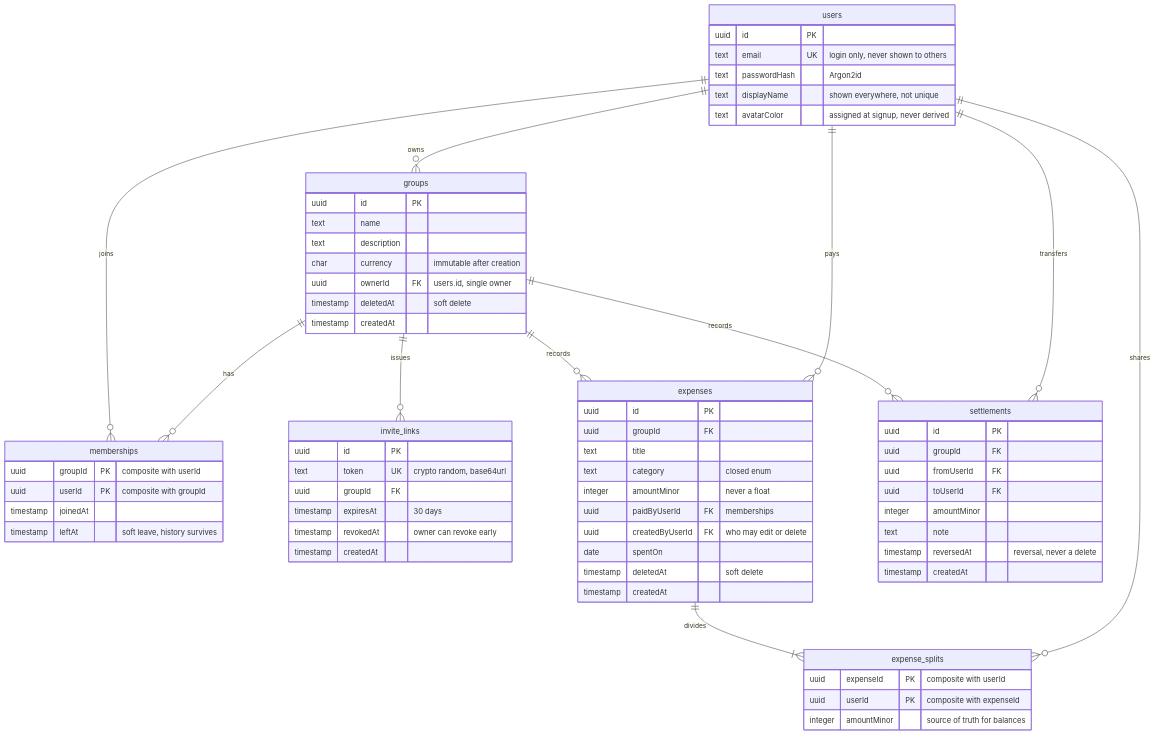
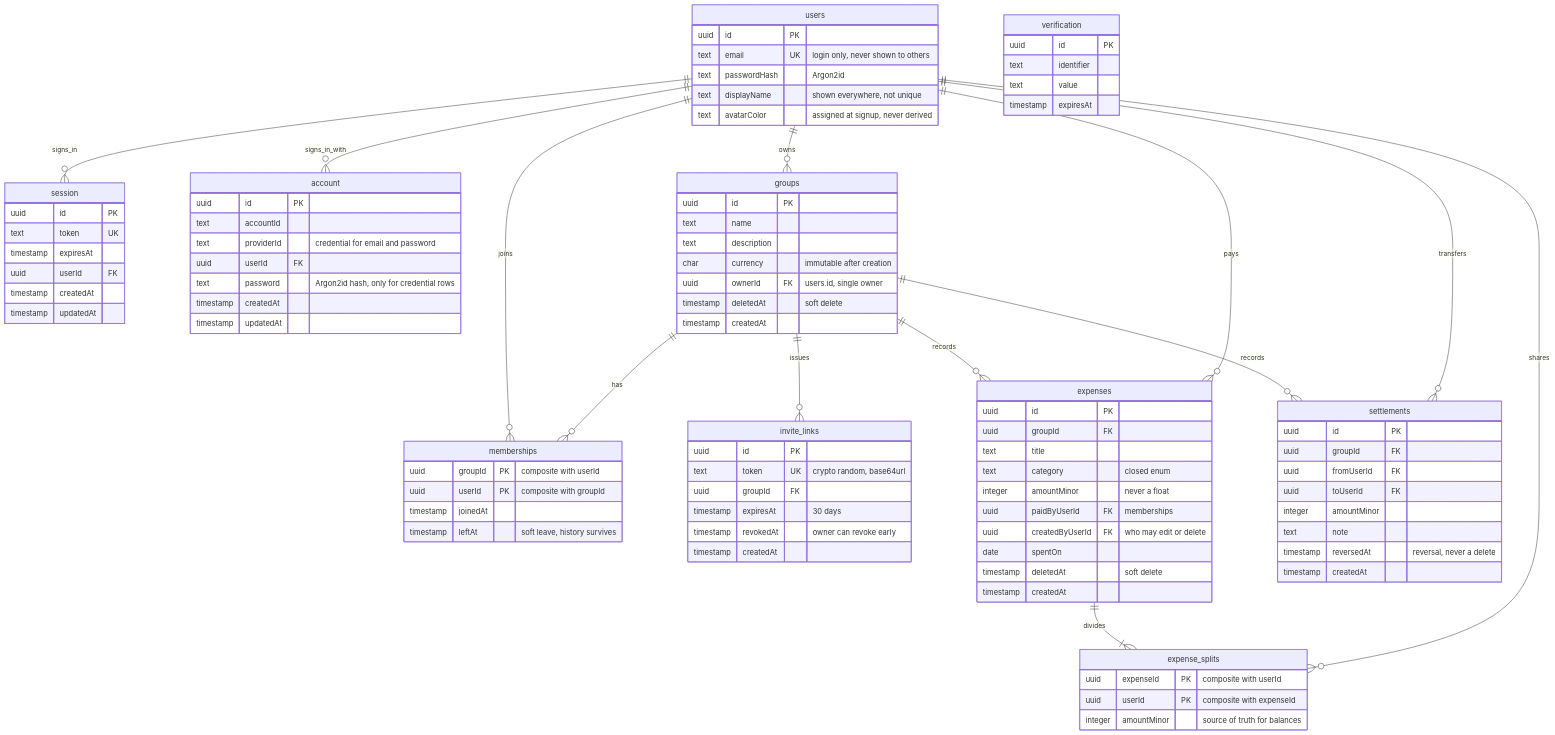
Before and after one commit to FilipRokita/evencost: the diagram in docs/data-model.md, drawn with Mermaid. The commit also changed other lines of this file and 28 other files, not shown here.

````diff
--- a/docs/data-model.md
+++ b/docs/data-model.md
@@ -8,5 +8,7 @@
 ```mermaid
 erDiagram
+    users ||--o{ session : signs_in
+    users ||--o{ account : signs_in_with
     users ||--o{ groups : owns
     users ||--o{ memberships : joins
     groups ||--o{ memberships : has
@@ -71,6 +73,32 @@
         integer amountMinor "source of truth for balances"
     }
 
+    account {
+        uuid id PK
+        text accountId
+        text providerId "credential for email and password"
+        uuid userId FK
+        text password "Argon2id hash, only for credential rows"
+        timestamp createdAt
+        timestamp updatedAt
+    }
+
+    session {
+        uuid id PK
+        text token UK
+        timestamp expiresAt
+        uuid userId FK
+        timestamp createdAt
+        timestamp updatedAt
+    }
+
+    verification {
+        uuid id PK
+        text identifier
+        text value
+        timestamp expiresAt
+    }
+
     settlements {
         uuid id PK
         uuid groupId FK
````
